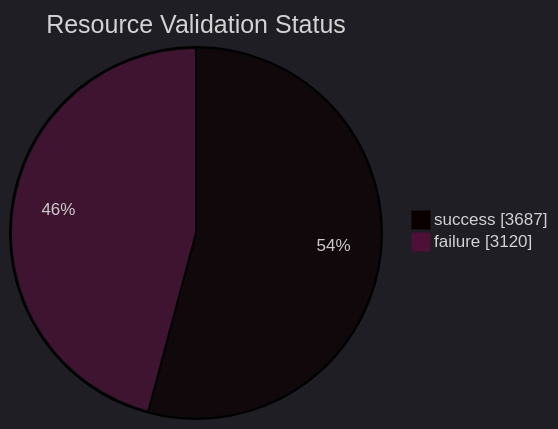
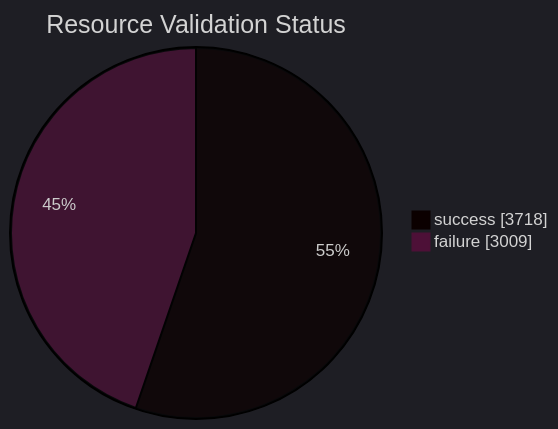
The diagram in datastore_tracker/resource_validation_status_pie_chart.md (open-data/analytics-corporate-reporting), drawn with Mermaid before and after one commit. The commit also changed 9 other files, not shown here.

````diff
--- a/datastore_tracker/resource_validation_status_pie_chart.md
+++ b/datastore_tracker/resource_validation_status_pie_chart.md
@@ -2,9 +2,9 @@
 ```mermaid
 ---
 config:
   theme: dark
 ---
 pie showData title Resource Validation Status
-    "success": 3687
-    "failure": 3120
+    "success": 3718
+    "failure": 3009
 ```
````
